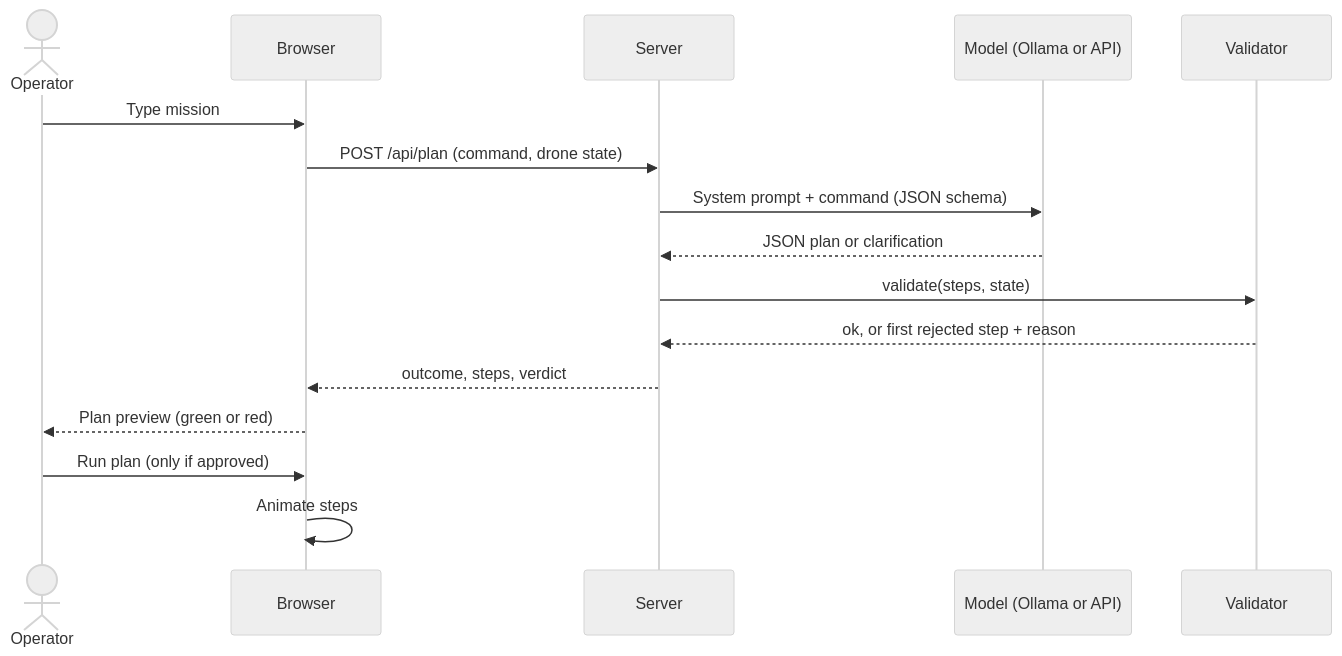
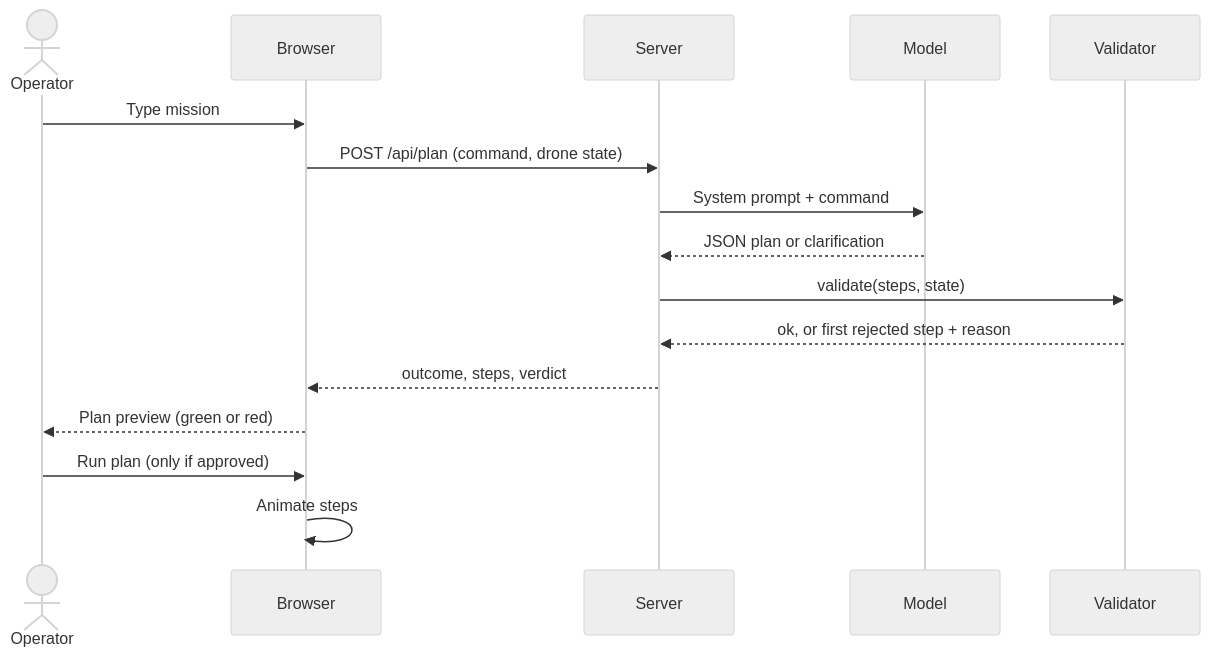
The third of 3 diagrams in README.md (hamza-x82ik/Drone), drawn with Mermaid (neutral theme) before and after one commit. The commit also changed other lines of this file, not shown here.

````diff
--- a/README.md
+++ b/README.md
@@ -173,18 +208,18 @@
 ```mermaid
 sequenceDiagram
   actor O as Operator
   participant B as Browser
   participant S as Server
-  participant M as Model (Ollama or API)
+  participant M as Model
   participant V as Validator
   O->>B: Type mission
   B->>S: POST /api/plan (command, drone state)
-  S->>M: System prompt + command (JSON schema)
+  S->>M: System prompt + command
   M-->>S: JSON plan or clarification
   S->>V: validate(steps, state)
   V-->>S: ok, or first rejected step + reason
   S-->>B: outcome, steps, verdict
   B-->>O: Plan preview (green or red)
   O->>B: Run plan (only if approved)
   B->>B: Animate steps
 ```
````
